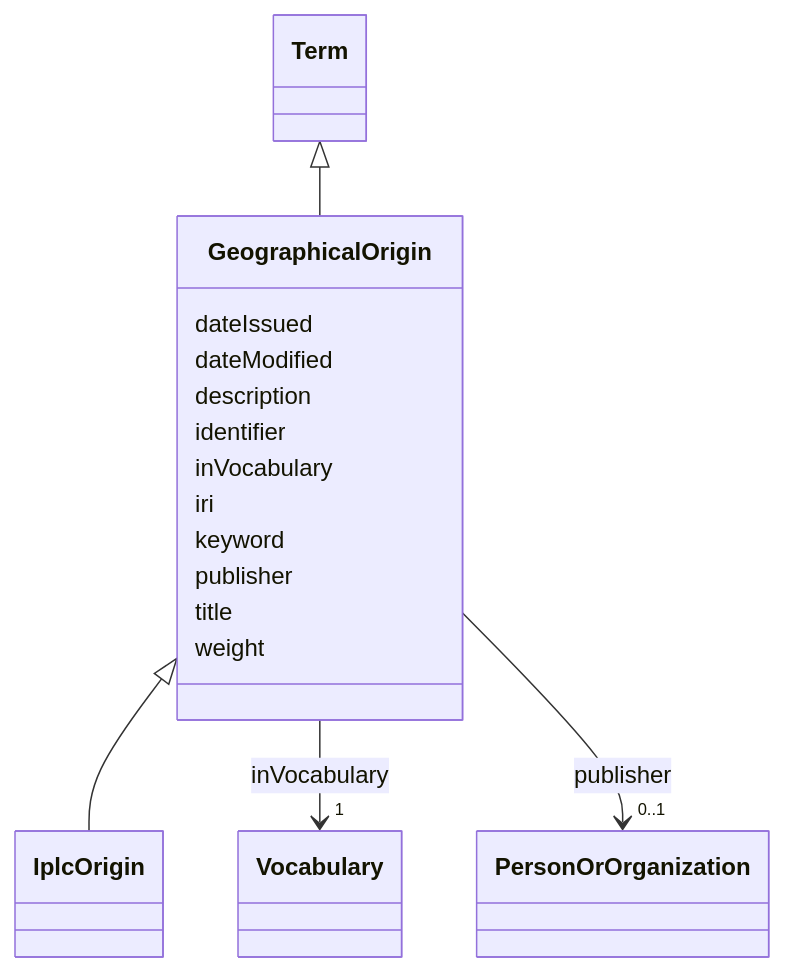
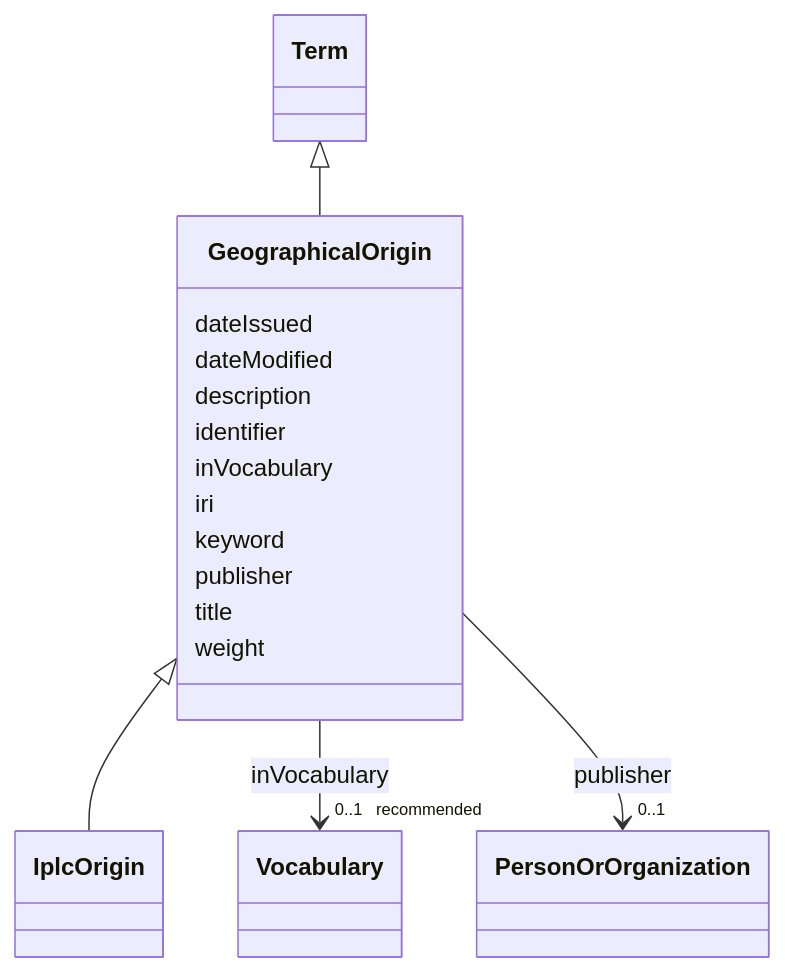
One commit to EVORA-project/evora-ontology changed the diagram in models/docs/GeographicalOrigin.md. Above: the diagram before and after it, drawn with Mermaid. The commit also changed other lines of this file and 307 other files, not shown here.

````diff
--- a/models/docs/GeographicalOrigin.md
+++ b/models/docs/GeographicalOrigin.md
@@ -19,48 +19,48 @@
 ```mermaid
  classDiagram
     class GeographicalOrigin
     click GeographicalOrigin href "../GeographicalOrigin"
       Term <|-- GeographicalOrigin
         click Term href "../Term"
       
 
       GeographicalOrigin <|-- IplcOrigin
         click IplcOrigin href "../IplcOrigin"
       
       
       GeographicalOrigin : dateIssued
         
       GeographicalOrigin : dateModified
         
       GeographicalOrigin : description
         
       GeographicalOrigin : identifier
         
       GeographicalOrigin : inVocabulary
         
           
     
     
-    GeographicalOrigin --> "1" Vocabulary : inVocabulary
+    GeographicalOrigin --> "0..1 _recommended_" Vocabulary : inVocabulary
     click Vocabulary href "../Vocabulary"
 
         
       GeographicalOrigin : iri
         
       GeographicalOrigin : keyword
         
       GeographicalOrigin : publisher
         
           
     
     
     GeographicalOrigin --> "0..1" PersonOrOrganization : publisher
     click PersonOrOrganization href "../PersonOrOrganization"
 
         
       GeographicalOrigin : title
         
       GeographicalOrigin : weight
         
       
 ```
````
